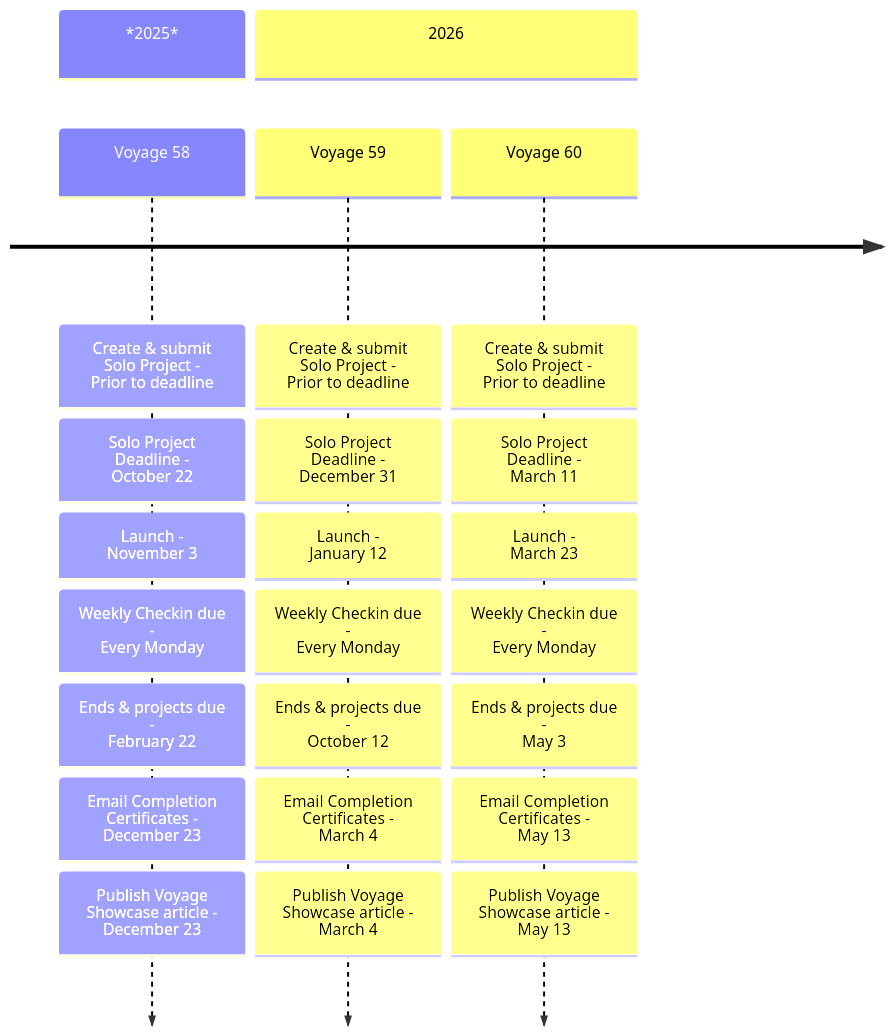
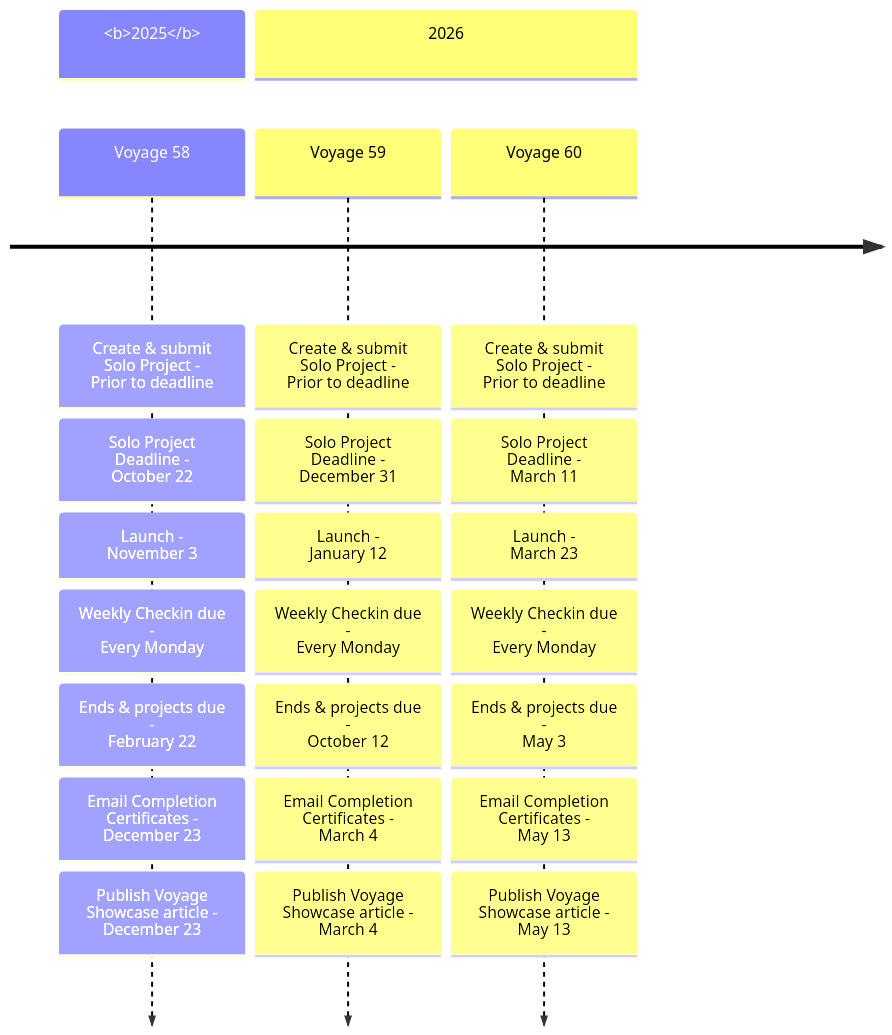
One commit to chingu-voyages/Handbook changed the first of 3 diagrams in docs/guides/voyage/voyage.md. Above: the diagram before and after it, drawn with Mermaid.

Commit message:
Feature: Test bolding of timeline heading

````diff
--- a/docs/guides/voyage/voyage.md
+++ b/docs/guides/voyage/voyage.md
@@ -31,26 +31,26 @@
 ```mermaid
   timeline
-    section *2025*
+    section <b>2025</b>
       Voyage 58: Create & submit Solo Project - <br>Prior to deadline
                : Solo Project Deadline - <br>October 22
                : Launch - <br>November 3
                : Weekly Checkin due - <br>Every Monday
                : Ends & projects due - <br>February 22
                : Email Completion Certificates - <br>December 23
                : Publish Voyage Showcase article - <br>December 23
     section 2026
       Voyage 59: Create & submit Solo Project - <br>Prior to deadline
                : Solo Project Deadline - <br>December 31
                : Launch - <br>January 12
                : Weekly Checkin due - <br>Every Monday
                : Ends & projects due - <br>October 12
                : Email Completion Certificates - <br>March 4
                : Publish Voyage Showcase article - <br>March 4
       Voyage 60: Create & submit Solo Project - <br>Prior to deadline
                : Solo Project Deadline - <br>March 11
                : Launch - <br>March 23 
                : Weekly Checkin due - <br>Every Monday
                : Ends & projects due - <br>May 3
                : Email Completion Certificates - <br>May 13
                : Publish Voyage Showcase article - <br>May 13
 ```
````
